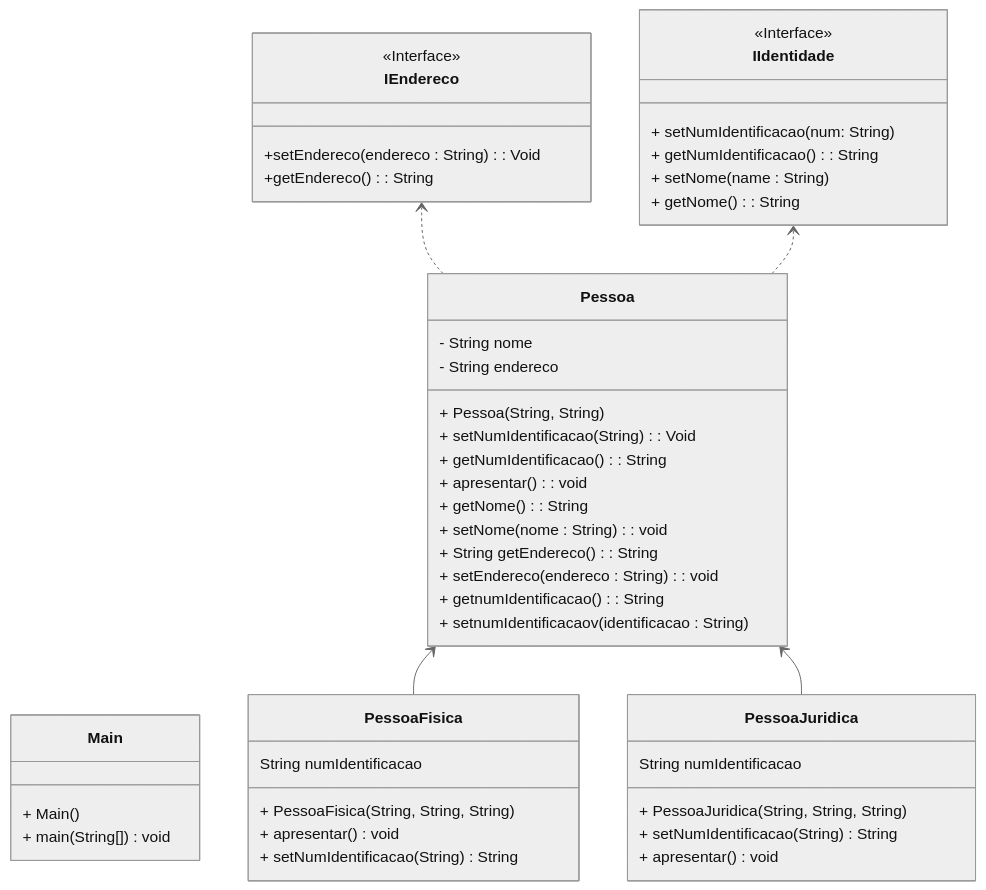
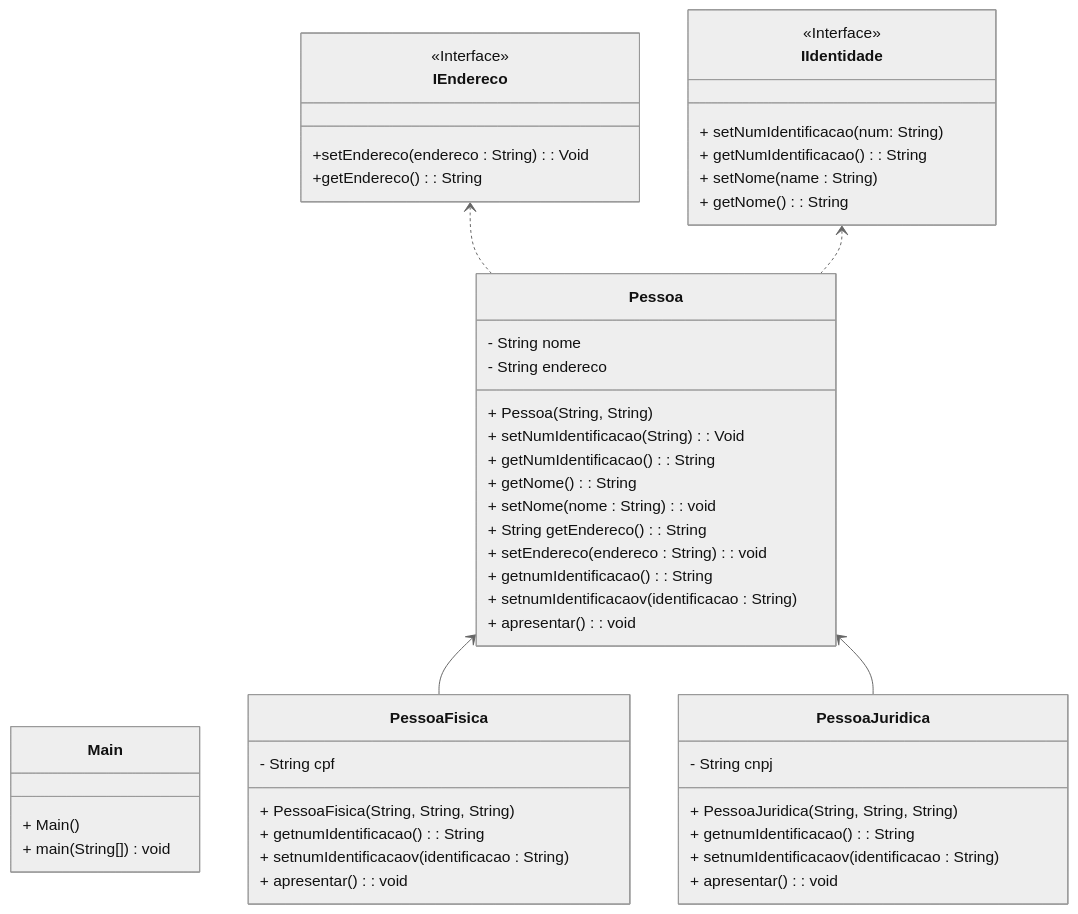
Before and after one commit to OsmarBaia/ebac-back-end: the diagram in README.md, drawn with Mermaid (neutral theme).

````diff
--- a/README.md
+++ b/README.md
@@ -3,56 +3,58 @@
 ```mermaid
 classDiagram
 direction BT
 
 class IEndereco {
 <<Interface>>
     +setEndereco(endereco : String) : Void
     +getEndereco() : String
 }
 
 class IIdentidade {
 <<Interface>>
     + setNumIdentificacao(num: String) 
     + getNumIdentificacao() : String
     + setNome(name : String)
     + getNome() : String
   }
 
   class Main {
     + Main()
     + main(String[]) void
   }
 
   class Pessoa {
     + Pessoa(String, String)
     - String nome
     - String endereco
     + setNumIdentificacao(String) : Void
-    + getNumIdentificacao() : String
-    + apresentar() : void
+    + getNumIdentificacao() : String    
     + getNome () : String
     + setNome (nome : String) : void
     + String getEndereco() : String
     + setEndereco (endereco : String): void
     + getnumIdentificacao () : String
     + setnumIdentificacaov(identificacao : String)
+    + apresentar() : void
   }
   class PessoaFisica {
-+ PessoaFisica(String, String, String)
-+ apresentar() void
-+ setNumIdentificacao(String) String
-  String numIdentificacao
+    - String cpf
+    + PessoaFisica(String, String, String)    
+    + getnumIdentificacao () : String
+    + setnumIdentificacaov(identificacao : String)
+    + apresentar() : void
   }
   class PessoaJuridica {
-+ PessoaJuridica(String, String, String)
-+ setNumIdentificacao(String) String
-+ apresentar() void
-  String numIdentificacao
+    - String cnpj
+    + PessoaJuridica(String, String, String)    
+    + getnumIdentificacao () : String
+    + setnumIdentificacaov(identificacao : String)
+    + apresentar() : void
   }
 
 Pessoa  ..>  IEndereco
 Pessoa  ..>  IIdentidade
 PessoaFisica  -->  Pessoa
 PessoaJuridica  -->  Pessoa 
 
 ```
````
